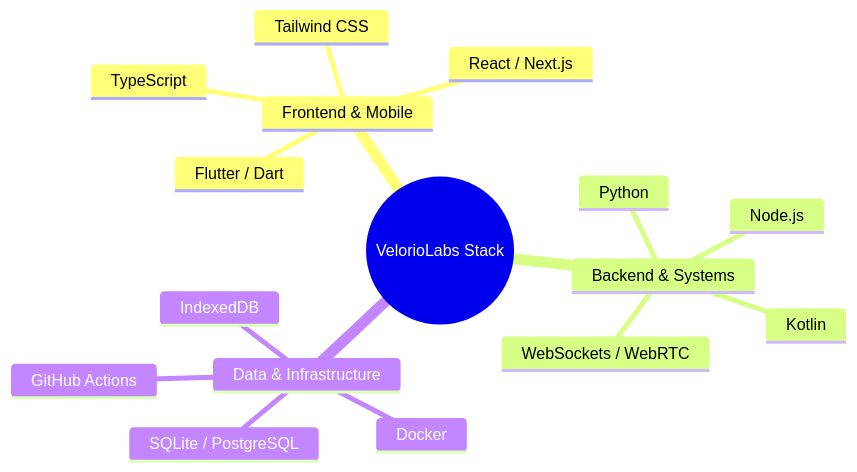
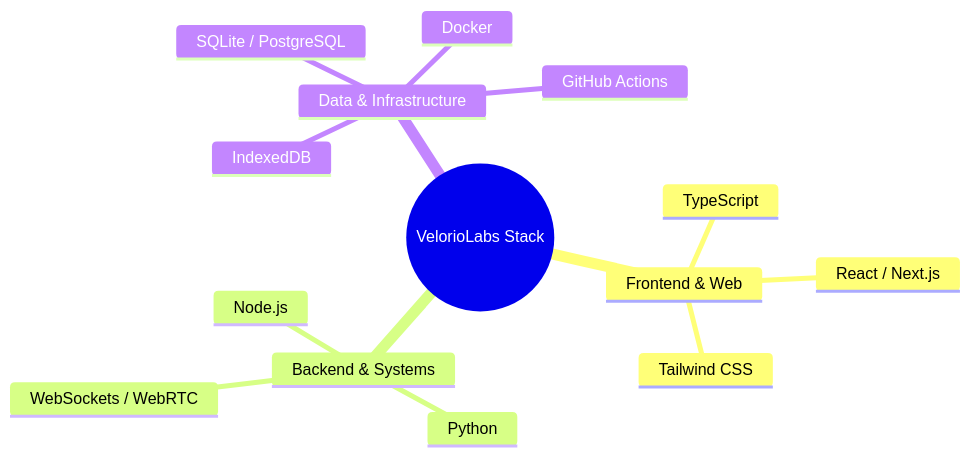
Before and after one commit to VelorioLabs/.github: the diagram in profile/README.md, drawn with Mermaid. The commit also changed other lines of this file, not shown here.

Commit message:
docs: update featured projects list

````diff
--- a/profile/README.md
+++ b/profile/README.md
@@ -37,19 +35,17 @@
 ```mermaid
 mindmap
   root((VelorioLabs Stack))
-    Frontend & Mobile
+    Frontend & Web
       React / Next.js
       TypeScript
-      Flutter / Dart
       Tailwind CSS
     Backend & Systems
       Node.js
       Python
-      Kotlin
       WebSockets / WebRTC
     Data & Infrastructure
       IndexedDB
       SQLite / PostgreSQL
       Docker
       GitHub Actions
 ```
````
